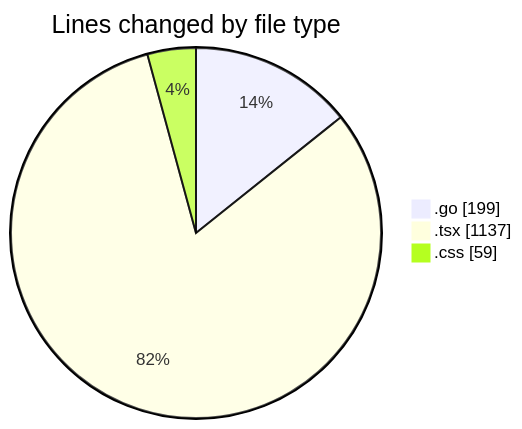
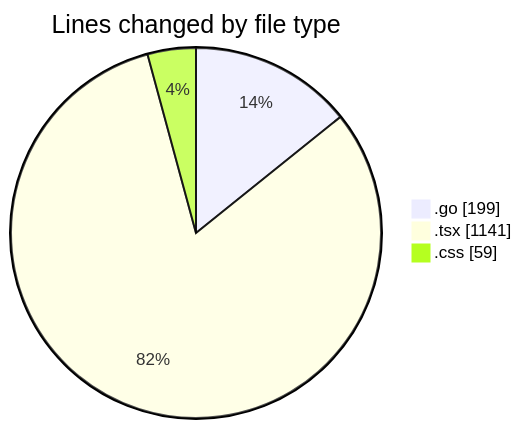
The first of 2 diagrams in 2025-03-11/termonied_testador/README.md (robertbonfada/code-tracking), drawn with Mermaid before and after one commit. The commit also changed other lines of this file and 1 other file, not shown here.

````diff
--- a/2025-03-11/termonied_testador/README.md
+++ b/2025-03-11/termonied_testador/README.md
@@ -28,7 +28,7 @@
 ```mermaid
 pie showData
 title Lines changed by file type
 ".go" : 199
-".tsx" : 1137
+".tsx" : 1141
 ".css" : 59
 ```
````
